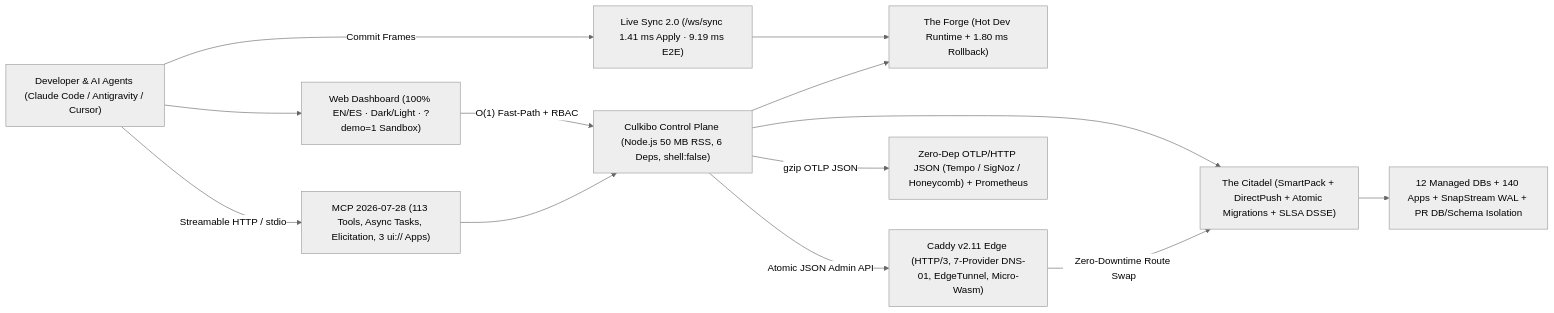
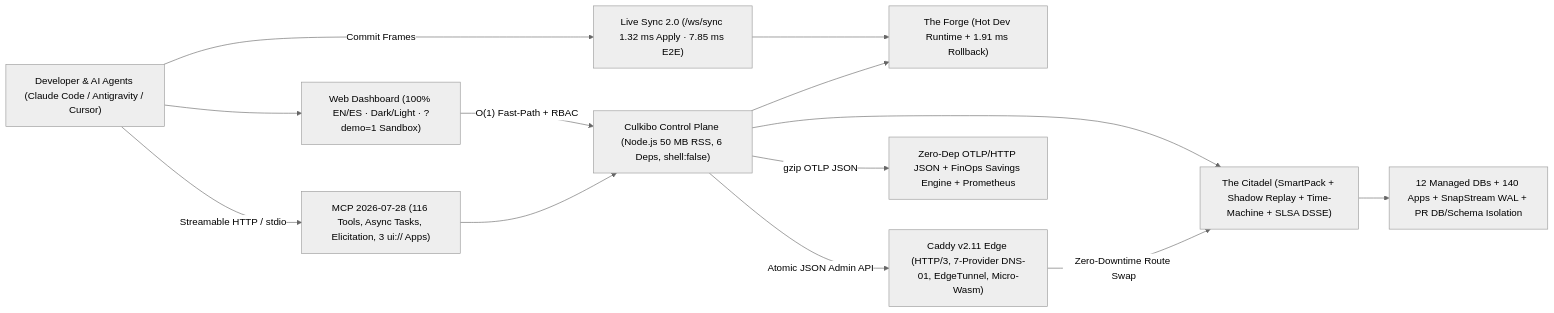
The diagram in README.md (macaqueboy/culkibo), drawn with Mermaid (neutral theme) before and after one commit. The commit also changed other lines of this file and 24 other files, not shown here.

Commit message:
feat(cycle-6): Shadow Traffic Replay Gate, Whole-Stack Time-Machine, Cloud FinOps Optimizer, Coolify 3-Tier Env & 116 MCP Tools

````diff
--- a/README.md
+++ b/README.md
@@ -178,26 +182,26 @@
 ```mermaid
 flowchart LR
     Dev["Developer & AI Agents (Claude Code / Antigravity / Cursor)"]
     UI["Web Dashboard (100% EN/ES · Dark/Light · ?demo=1 Sandbox)"]
-    MCP["MCP 2026-07-28 (113 Tools, Async Tasks, Elicitation, 3 ui:// Apps)"]
-    Sync["Live Sync 2.0 (/ws/sync 1.41 ms Apply · 9.19 ms E2E)"]
+    MCP["MCP 2026-07-28 (116 Tools, Async Tasks, Elicitation, 3 ui:// Apps)"]
+    Sync["Live Sync 2.0 (/ws/sync 1.32 ms Apply · 7.85 ms E2E)"]
     CP["Culkibo Control Plane (Node.js 50 MB RSS, 6 Deps, shell:false)"]
-    Forge["The Forge (Hot Dev Runtime + 1.80 ms Rollback)"]
-    Citadel["The Citadel (SmartPack + DirectPush + Atomic Migrations + SLSA DSSE)"]
+    Forge["The Forge (Hot Dev Runtime + 1.91 ms Rollback)"]
+    Citadel["The Citadel (SmartPack + Shadow Replay + Time-Machine + SLSA DSSE)"]
     Caddy["Caddy v2.11 Edge (HTTP/3, 7-Provider DNS-01, EdgeTunnel, Micro-Wasm)"]
-    Obs["Zero-Dep OTLP/HTTP JSON (Tempo / SigNoz / Honeycomb) + Prometheus"]
+    Obs["Zero-Dep OTLP/HTTP JSON + FinOps Savings Engine + Prometheus"]
     Data["12 Managed DBs + 140 Apps + SnapStream WAL + PR DB/Schema Isolation"]
 
     Dev -->|"Streamable HTTP / stdio"| MCP
     Dev -->|"Commit Frames"| Sync
     Dev --> UI
     UI -->|"O(1) Fast-Path + RBAC"| CP
     MCP --> CP
     Sync --> Forge
     CP --> Forge
     CP --> Citadel
     CP -->|"Atomic JSON Admin API"| Caddy
     CP -->|"gzip OTLP JSON"| Obs
     Citadel --> Data
     Caddy -->|"Zero-Downtime Route Swap"| Citadel
 ```
````
